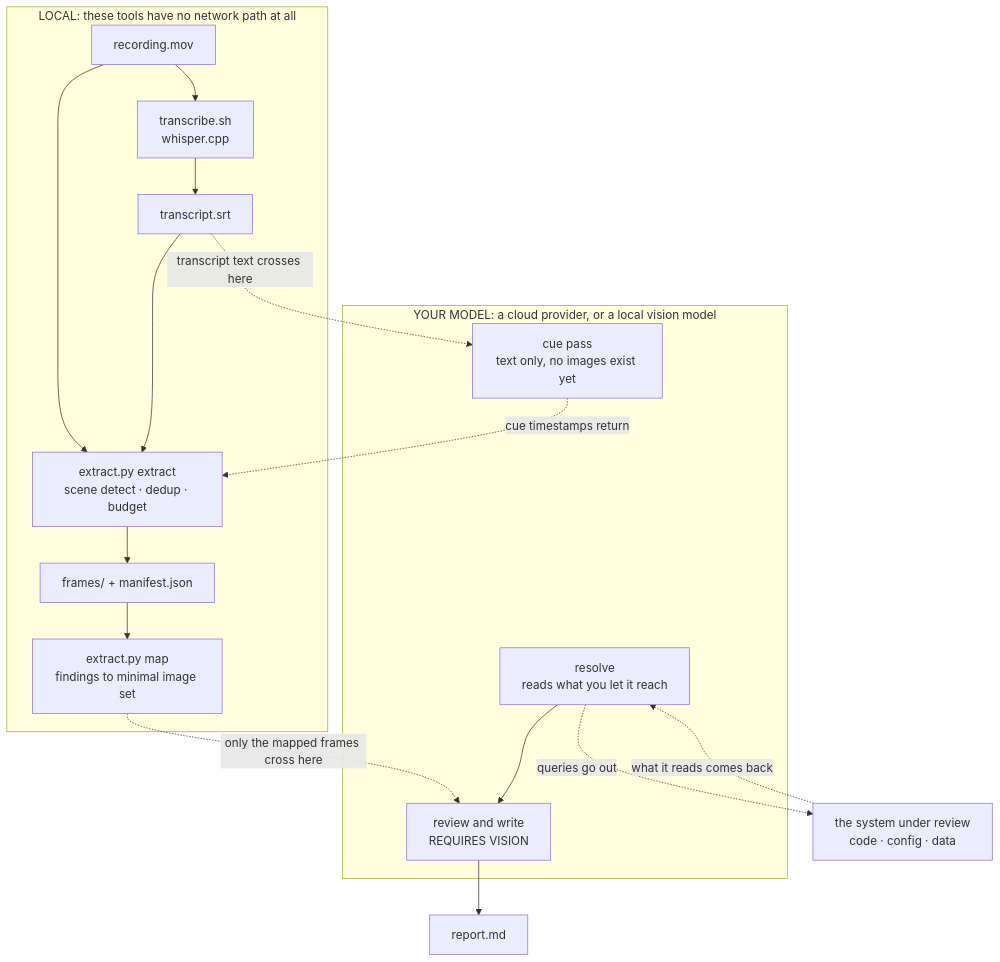
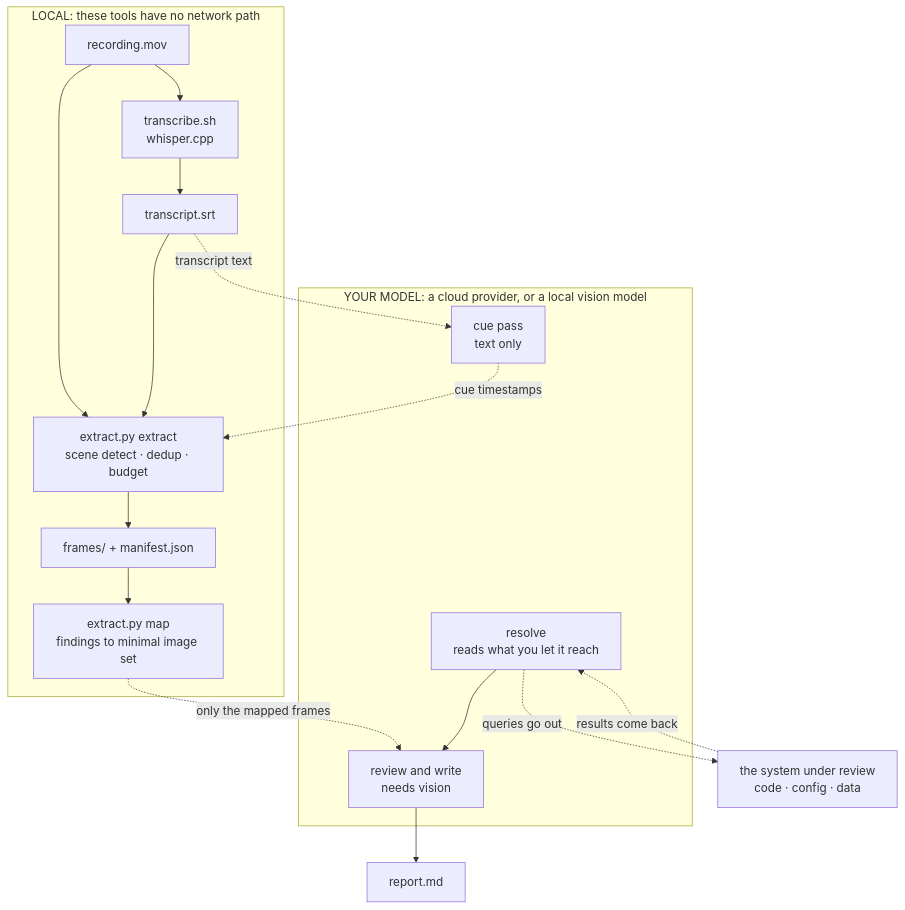
Before and after one commit to NWDK/prompts-and-skills: the diagram in skills/video-review/README.md, drawn with Mermaid. The commit also changed other lines of this file and 4 other files, not shown here.

````diff
--- a/skills/video-review/README.md
+++ b/skills/video-review/README.md
@@ -45,34 +33,34 @@
 ```mermaid
 flowchart TD
     A["recording.mov"] --> B["transcribe.sh<br/>whisper.cpp"]
     B --> C["transcript.srt"]
     A --> E["extract.py extract<br/>scene detect · dedup · budget"]
     C --> E
     E --> F["frames/ + manifest.json"]
     F --> G["extract.py map<br/>findings to minimal image set"]
 
-    subgraph local["LOCAL: these tools have no network path at all"]
+    subgraph local["LOCAL: these tools have no network path"]
         A
         B
         C
         E
         F
         G
     end
 
-    C -. "transcript text crosses here" .-> H
-    G -. "only the mapped frames cross here" .-> I
+    C -. "transcript text" .-> H
+    G -. "only the mapped frames" .-> I
 
     subgraph model["YOUR MODEL: a cloud provider, or a local vision model"]
-        H["cue pass<br/>text only, no images exist yet"]
+        H["cue pass<br/>text only"]
         R["resolve<br/>reads what you let it reach"]
-        I["review and write<br/>REQUIRES VISION"]
+        I["review and write<br/>needs vision"]
     end
 
     R -. "queries go out" .-> S["the system under review<br/>code · config · data"]
-    S -. "what it reads comes back" .-> R
+    S -. "results come back" .-> R
 
-    H -. "cue timestamps return" .-> E
+    H -. "cue timestamps" .-> E
     R --> I
     I --> J["report.md"]
 ```
````
